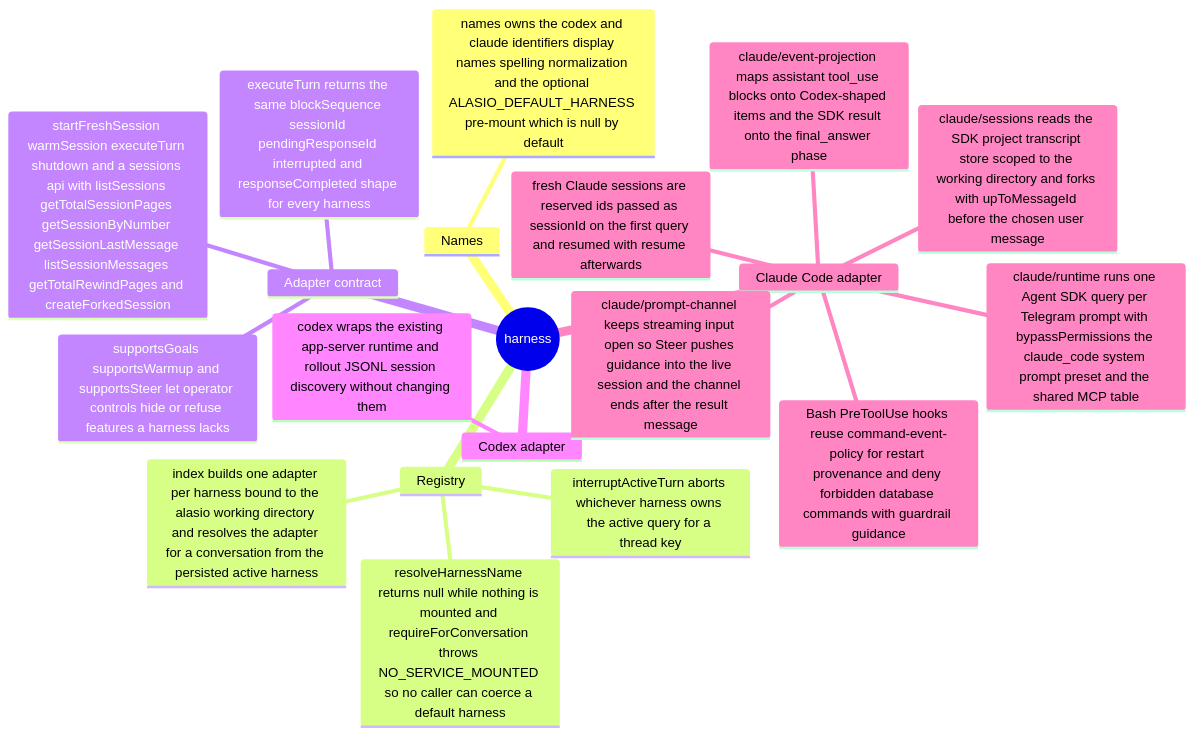
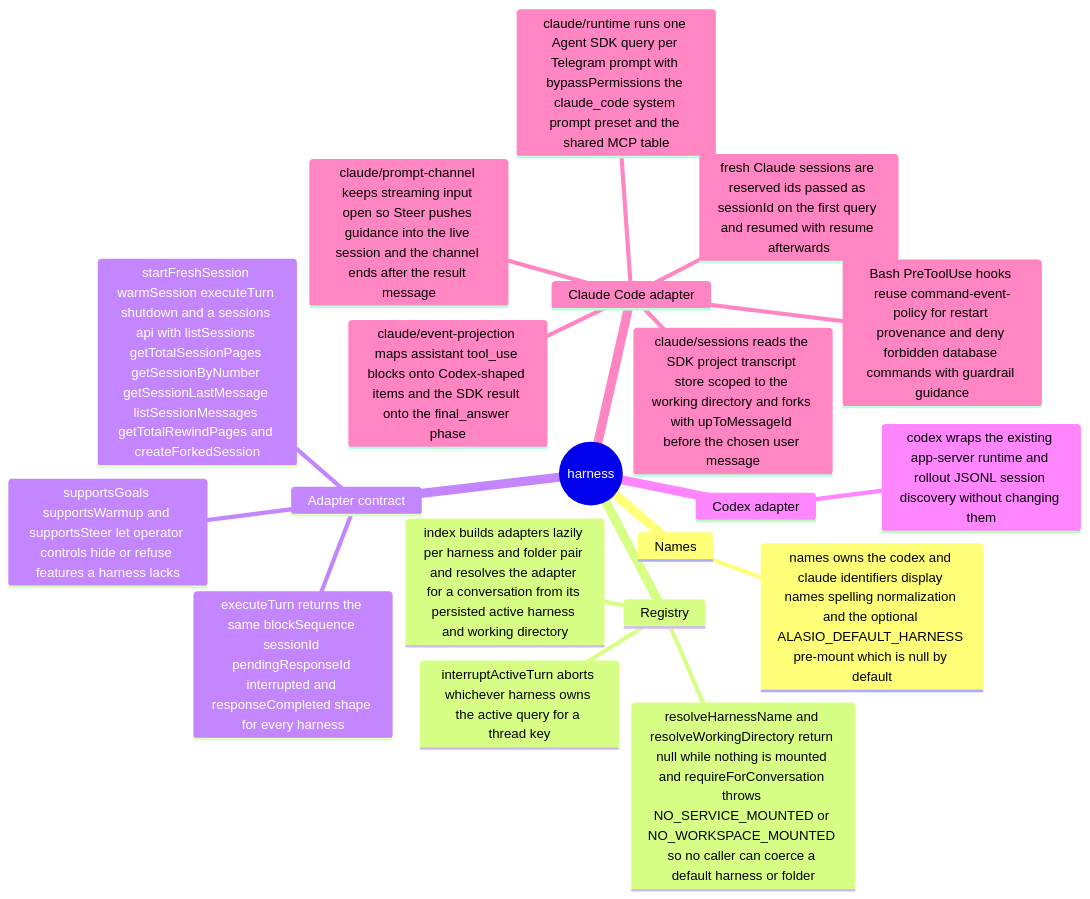
The first of 3 diagrams in src/harness/README.md (eaucoin/alasio), drawn with Mermaid before and after one commit. The commit also changed 28 other files, not shown here.

First line of the commit message:
Add per-conversation workspace layer behind /workspace

````diff
--- a/src/harness/README.md
+++ b/src/harness/README.md
@@ -2,23 +2,23 @@
 ```mermaid
 mindmap
   root((harness))
     Names
       names owns the codex and claude identifiers display names spelling normalization and the optional ALASIO_DEFAULT_HARNESS pre-mount which is null by default
     Registry
-      index builds one adapter per harness bound to the alasio working directory and resolves the adapter for a conversation from the persisted active harness
-      resolveHarnessName returns null while nothing is mounted and requireForConversation throws NO_SERVICE_MOUNTED so no caller can coerce a default harness
+      index builds adapters lazily per harness and folder pair and resolves the adapter for a conversation from its persisted active harness and working directory
+      resolveHarnessName and resolveWorkingDirectory return null while nothing is mounted and requireForConversation throws NO_SERVICE_MOUNTED or NO_WORKSPACE_MOUNTED so no caller can coerce a default harness or folder
       interruptActiveTurn aborts whichever harness owns the active query for a thread key
     Adapter contract
       startFreshSession warmSession executeTurn shutdown and a sessions api with listSessions getTotalSessionPages getSessionByNumber getSessionLastMessage listSessionMessages getTotalRewindPages and createForkedSession
       supportsGoals supportsWarmup and supportsSteer let operator controls hide or refuse features a harness lacks
       executeTurn returns the same blockSequence sessionId pendingResponseId interrupted and responseCompleted shape for every harness
     Codex adapter
       codex wraps the existing app-server runtime and rollout JSONL session discovery without changing them
     Claude Code adapter
       claude/runtime runs one Agent SDK query per Telegram prompt with bypassPermissions the claude_code system prompt preset and the shared MCP table
       claude/prompt-channel keeps streaming input open so Steer pushes guidance into the live session and the channel ends after the result message
       claude/event-projection maps assistant tool_use blocks onto Codex-shaped items and the SDK result onto the final_answer phase
       claude/sessions reads the SDK project transcript store scoped to the working directory and forks with upToMessageId before the chosen user message
       fresh Claude sessions are reserved ids passed as sessionId on the first query and resumed with resume afterwards
       Bash PreToolUse hooks reuse command-event-policy for restart provenance and deny forbidden database commands with guardrail guidance
 ```
````
